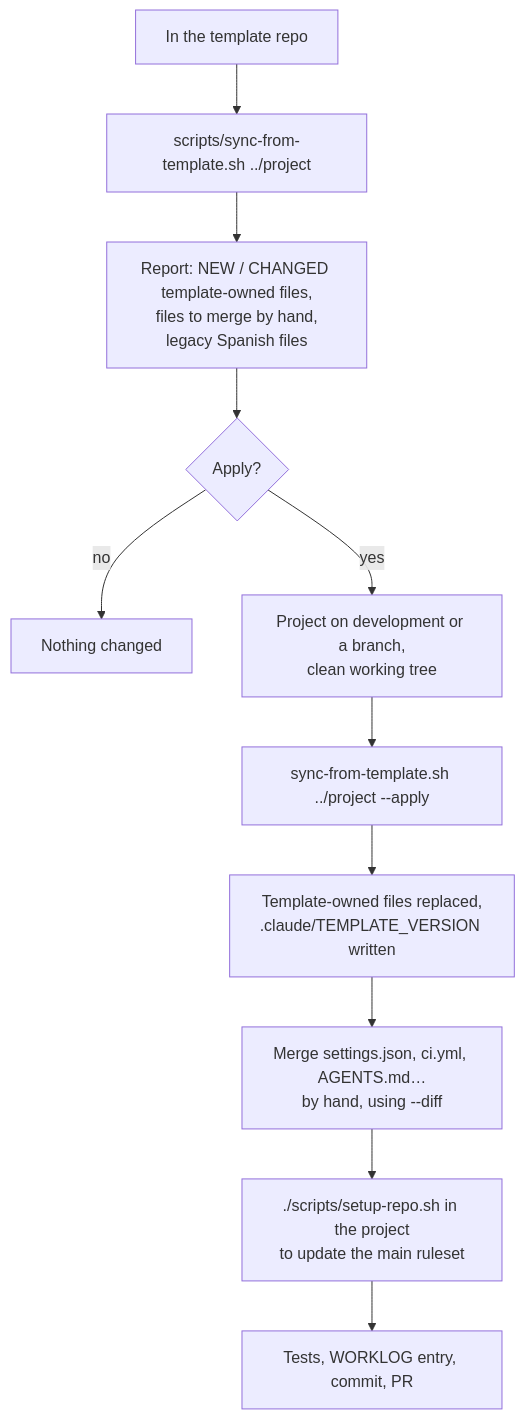
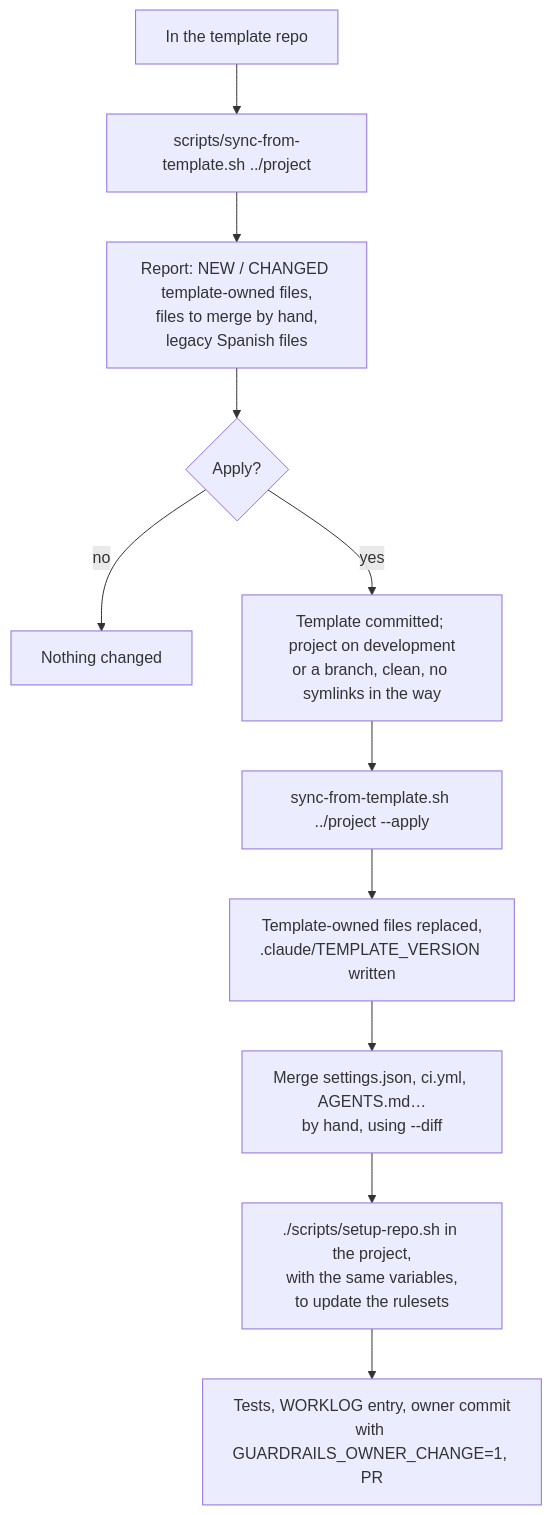
One commit to serbenda/project-template changed diagram 12 of 13 in docs/WORKFLOWS.md. Above: the diagram before and after it, drawn with Mermaid. The commit also changed other lines of this file and 37 other files, not shown here.

First line of the commit message:
feat: harden guardrails across guard, git hooks, CI, setup and sync

````diff
--- a/docs/WORKFLOWS.md
+++ b/docs/WORKFLOWS.md
@@ -234,13 +238,13 @@
 ```mermaid
 flowchart TD
     A["In the template repo"] --> B["scripts/sync-from-template.sh ../project"]
     B --> C["Report: NEW / CHANGED template-owned files,<br/>files to merge by hand,<br/>legacy Spanish files"]
     C --> D{"Apply?"}
     D -->|"no"| E["Nothing changed"]
-    D -->|"yes"| F["Project on development or a branch,<br/>clean working tree"]
+    D -->|"yes"| F["Template committed; project on development<br/>or a branch, clean, no symlinks in the way"]
     F --> G["sync-from-template.sh ../project --apply"]
     G --> H["Template-owned files replaced,<br/>.claude/TEMPLATE_VERSION written"]
     H --> I["Merge settings.json, ci.yml, AGENTS.md…<br/>by hand, using --diff"]
-    I --> J["./scripts/setup-repo.sh in the project<br/>to update the main ruleset"]
-    J --> K["Tests, WORKLOG entry, commit, PR"]
+    I --> J["./scripts/setup-repo.sh in the project,<br/>with the same variables,<br/>to update the rulesets"]
+    J --> K["Tests, WORKLOG entry, owner commit<br/>with GUARDRAILS_OWNER_CHANGE=1, PR"]
 ```
````
